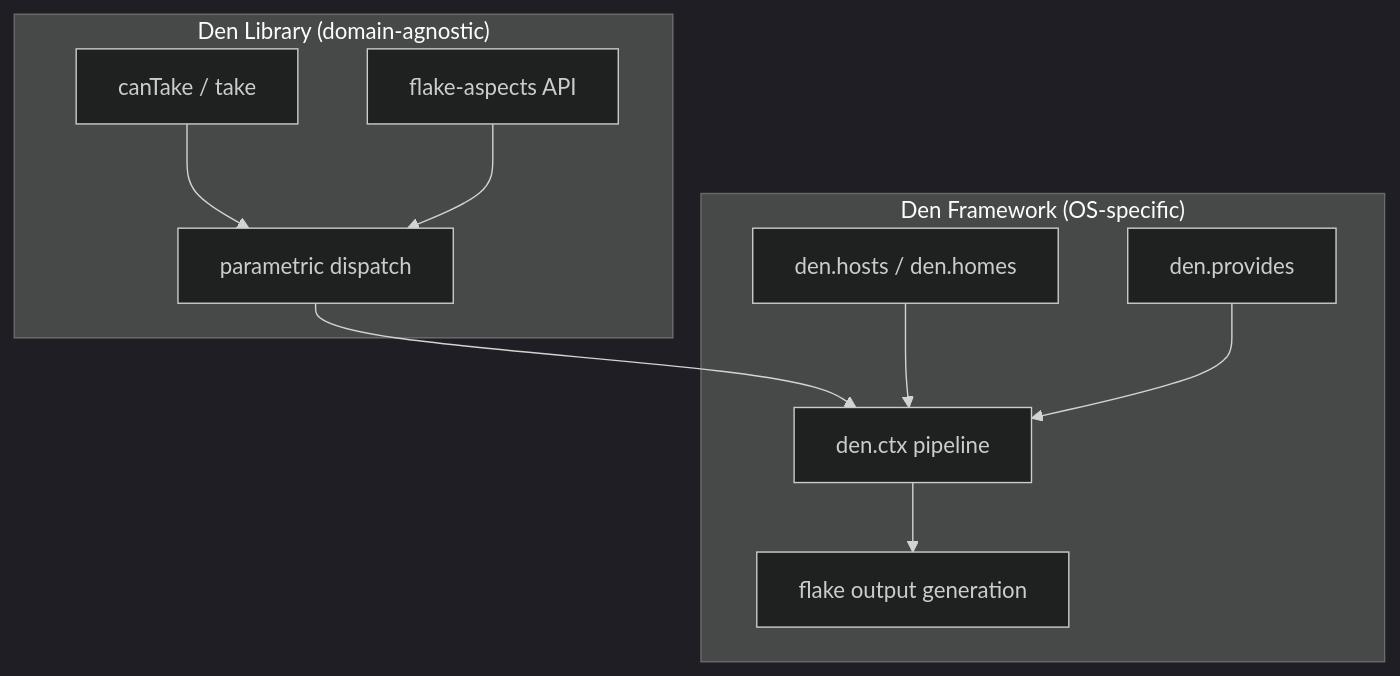
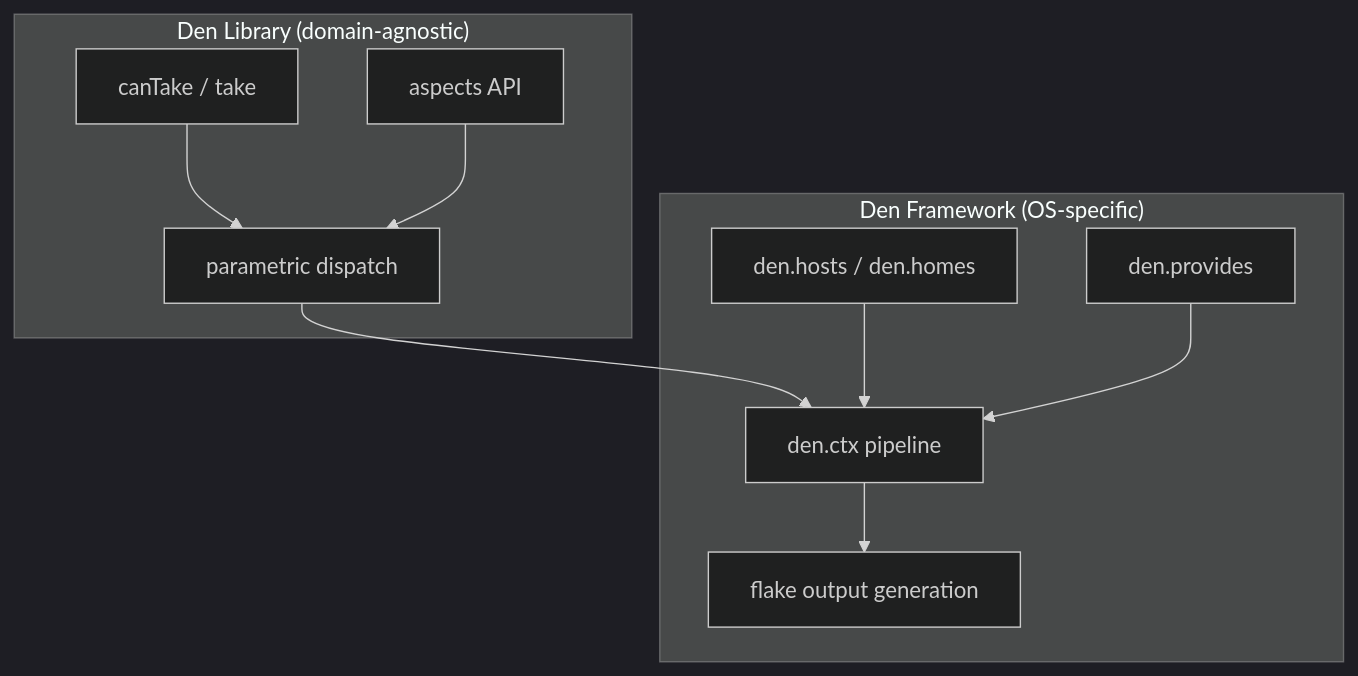
One commit to vic/den changed the diagram in docs/src/content/docs/explanation/library-vs-framework.mdx. Above: the diagram before and after it, drawn with Mermaid (dark theme). The commit also changed other lines of this file and 67 other files, not shown here.

First line of the commit message:
improve(core): Remove flake-aspects dependency and code cleanup. (#335)

````diff
--- a/docs/src/content/docs/explanation/library-vs-framework.mdx
+++ b/docs/src/content/docs/explanation/library-vs-framework.mdx
@@ -69,20 +69,20 @@
 ```mermaid
 flowchart TD
   subgraph "Den Library (domain-agnostic)"
     parametric["parametric dispatch"]
     canTake["canTake / take"]
-    aspects["flake-aspects API"]
+    aspects["aspects API"]
   end
   subgraph "Den Framework (OS-specific)"
     schema["den.hosts / den.homes"]
     ctx["den.ctx pipeline"]
     batteries["den.provides"]
     output["flake output generation"]
   end
   parametric --> ctx
   canTake --> parametric
   aspects --> parametric
   schema --> ctx
   batteries --> ctx
   ctx --> output
 ```
````
